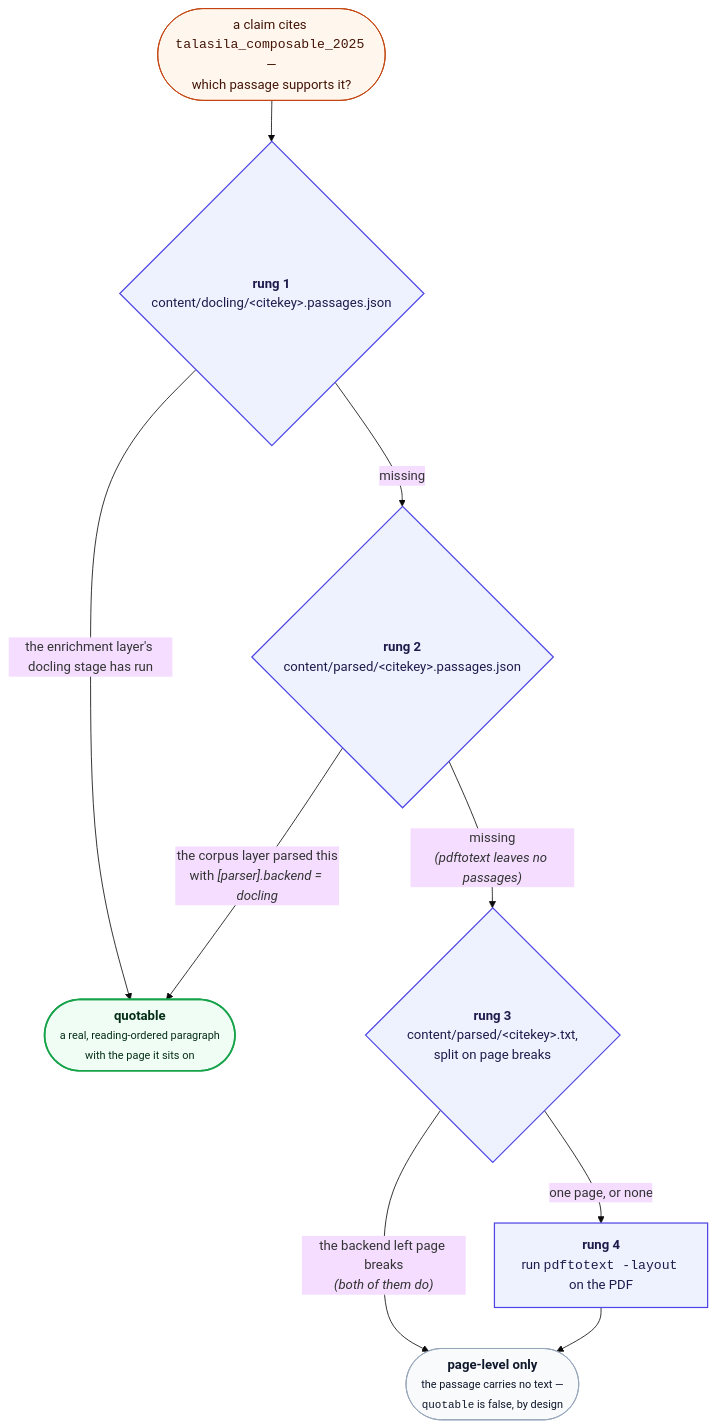
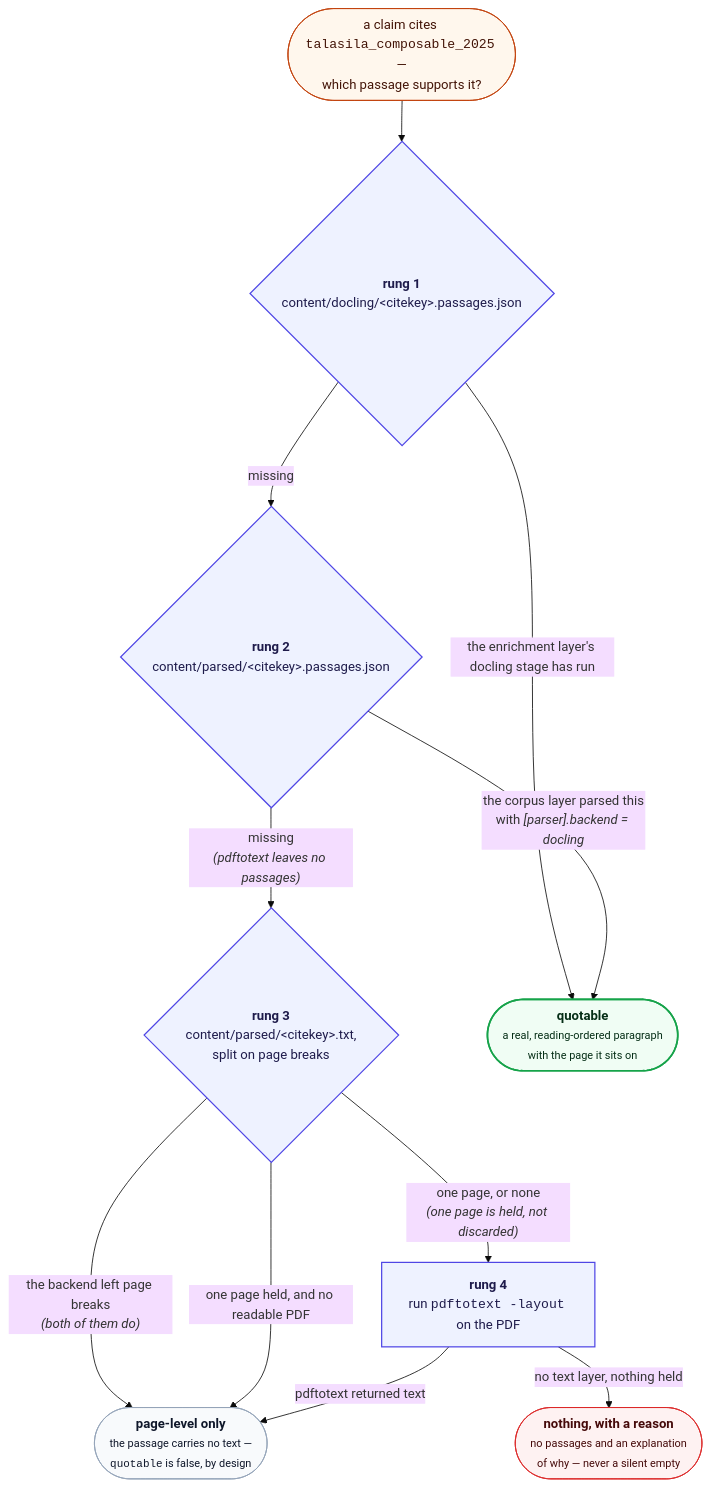
One commit to prasadtalasila/chitragupta changed the diagram in docs/CITATION-PROVENANCE.md. Above: the diagram before and after it, drawn with Mermaid (base theme). The commit also changed 2 other files, not shown here.

First paragraph of the commit message:
Sweep the prose #509 made stale
Shipping-cycle step 4, run as a grep-driven pass for the specific
mechanisms and names this change moved rather than by rereading the
files in the diff. Four sites, all made false by this commit:

````diff
--- a/docs/CITATION-PROVENANCE.md
+++ b/docs/CITATION-PROVENANCE.md
@@ -357,32 +357,37 @@
 ```mermaid
 flowchart TB
 
   ASK(["a claim cites <code>talasila_composable_2025</code> —<br/>which passage supports it?"])
 
   R1{"<b>rung 1</b><br/>content/docling/&lt;citekey&gt;.passages.json"}
   R2{"<b>rung 2</b><br/>content/parsed/&lt;citekey&gt;.passages.json"}
   R3{"<b>rung 3</b><br/>content/parsed/&lt;citekey&gt;.txt,<br/>split on page breaks"}
   R4["<b>rung 4</b><br/>run <code>pdftotext -layout</code> on the PDF"]
 
   GOOD(["<b>quotable</b><br/><small>a real, reading-ordered paragraph<br/>with the page it sits on</small>"])
   MEH(["<b>page-level only</b><br/><small>the passage carries no text —<br/><code>quotable</code> is false, by design</small>"])
+  NONE(["<b>nothing, with a reason</b><br/><small>no passages and an explanation<br/>of why — never a silent empty</small>"])
 
   ASK --> R1
   R1 -- "the enrichment layer's docling stage has run" --> GOOD
   R1 -- "missing" --> R2
   R2 -- "the corpus layer parsed this<br/>with <i>[parser].backend = docling</i>" --> GOOD
   R2 -- "missing<br/><i>(pdftotext leaves no passages)</i>" --> R3
   R3 -- "the backend left page breaks<br/><i>(both of them do)</i>" --> MEH
-  R3 -- "one page, or none" --> R4
-  R4 --> MEH
+  R3 -- "one page, or none<br/><i>(one page is held, not discarded)</i>" --> R4
+  R3 -- "one page held, and no readable PDF" --> MEH
+  R4 -- "pdftotext returned text" --> MEH
+  R4 -- "no text layer, nothing held" --> NONE
 
   classDef ask fill:#fff7ed,stroke:#c2410c,color:#431407
   classDef rung fill:#eef2ff,stroke:#4f46e5,stroke-width:1.5px,color:#1e1b4b
   classDef good fill:#f0fdf4,stroke:#16a34a,stroke-width:2px,color:#052e16
   classDef meh fill:#f8fafc,stroke:#94a3b8,color:#0f172a
+  classDef none fill:#fef2f2,stroke:#dc2626,color:#450a0a
 
   class ASK ask
   class R1,R2,R3,R4 rung
   class GOOD good
   class MEH meh
+  class NONE none
 ```
````
